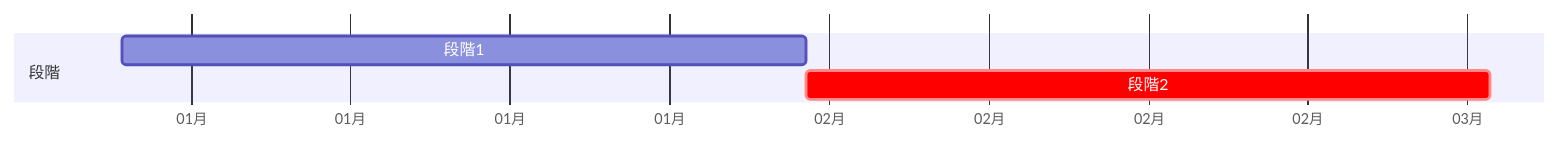
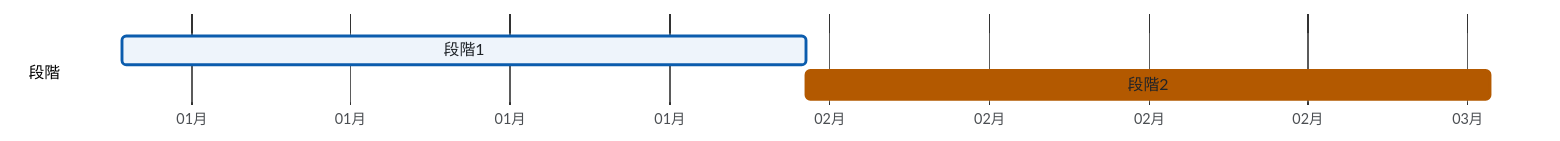
The second of 2 diagrams in .claude/skills/design-doc/templates/design_doc.md (spin-glass/tool-slides), drawn with Mermaid before and after one commit. The commit also changed other lines of this file and 17 other files, not shown here.

First line of the commit message:
design-doc: 図の形・色・ラベル・題を検査し、Notion の修正指示の受け方を足す

````diff
--- a/.claude/skills/design-doc/templates/design_doc.md
+++ b/.claude/skills/design-doc/templates/design_doc.md
@@ -88,8 +100,9 @@
 ```mermaid
+%%{init: {"theme": "base", "fontFamily": "Hiragino Sans, Noto Sans JP, sans-serif", "themeCSS": ".edgeLabel rect{opacity:1}", "flowchart": {"padding": 24, "htmlLabels": false}, "themeVariables": {"fontSize": "16px", "fontFamily": "Hiragino Sans, Noto Sans JP, sans-serif", "primaryColor": "#eef4fb", "primaryBorderColor": "#0b5cad", "primaryTextColor": "#1f2328", "lineColor": "#57606a", "edgeLabelBackground": "#ffffff", "taskBkgColor": "#eef4fb", "taskBorderColor": "#0b5cad", "taskTextColor": "#1f2328", "critBkgColor": "#b35900", "critBorderColor": "#b35900", "gridColor": "#d0d7de", "sectionBkgColor": "#ffffff"}}}%%
 gantt
   dateFormat YYYY-MM-DD
   axisFormat %m月
   section 段階
   段階1 :a1, 2026-01-01, 30d
   段階2 :crit, a2, after a1, 30d
 ```
````
